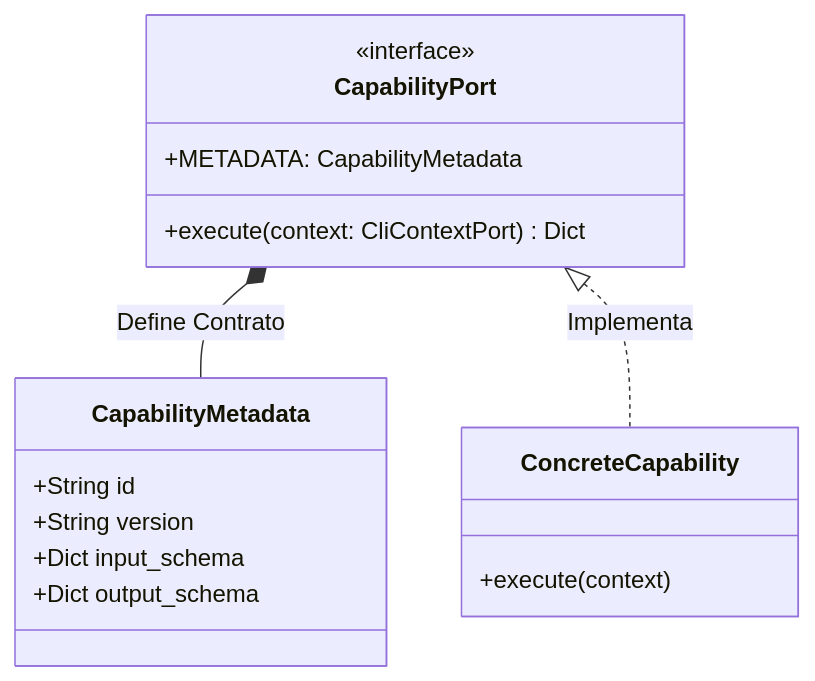
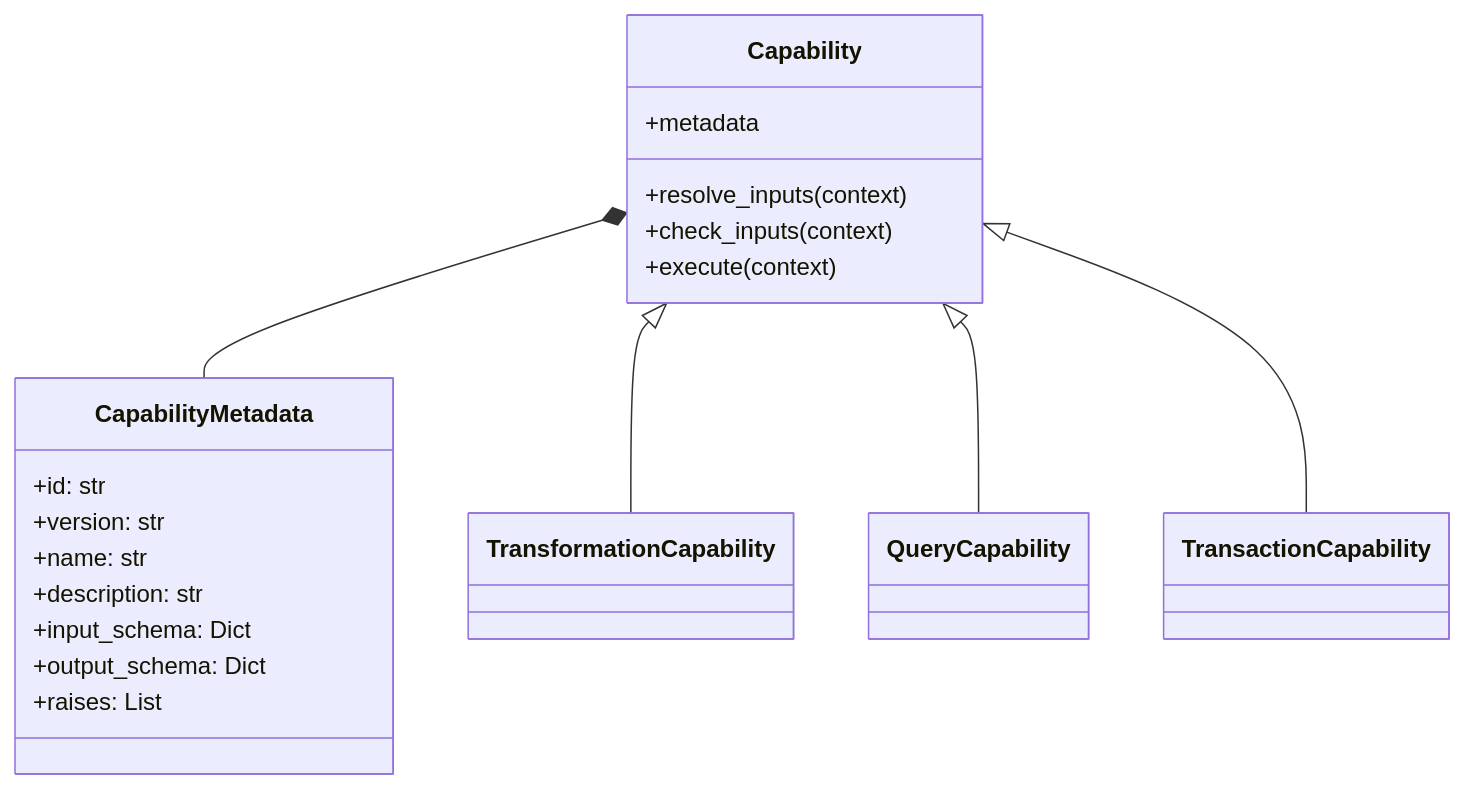
Before and after one commit to OntoBDC/ontobdc-docs: the third of 6 diagrams in documentation/paper/white/ontobdc-run-architecture.md, drawn with Mermaid. The commit also changed other lines of this file and 4 other files, not shown here.

````diff
--- a/documentation/paper/white/ontobdc-run-architecture.md
+++ b/documentation/paper/white/ontobdc-run-architecture.md
@@ -59,23 +223,28 @@
 ```mermaid
 classDiagram
-    class CapabilityPort {
-        <<interface>>
-        +METADATA: CapabilityMetadata
-        +execute(context: CliContextPort) Dict
+    class CapabilityMetadata {
+        +id: str
+        +version: str
+        +name: str
+        +description: str
+        +input_schema: Dict
+        +output_schema: Dict
+        +raises: List
     }
-    
-    class CapabilityMetadata {
-        +String id
-        +String version
-        +Dict input_schema
-        +Dict output_schema
-    }
-    
-    CapabilityPort *-- CapabilityMetadata : Define Contrato
-    
-    class ConcreteCapability {
+
+    class Capability {
+        +metadata
+        +resolve_inputs(context)
+        +check_inputs(context)
         +execute(context)
     }
-    
-    CapabilityPort <|.. ConcreteCapability : Implementa
+
+    class TransformationCapability
+    class QueryCapability
+    class TransactionCapability
+
+    Capability *-- CapabilityMetadata
+    Capability <|-- TransformationCapability
+    Capability <|-- QueryCapability
+    Capability <|-- TransactionCapability
 ```
````
